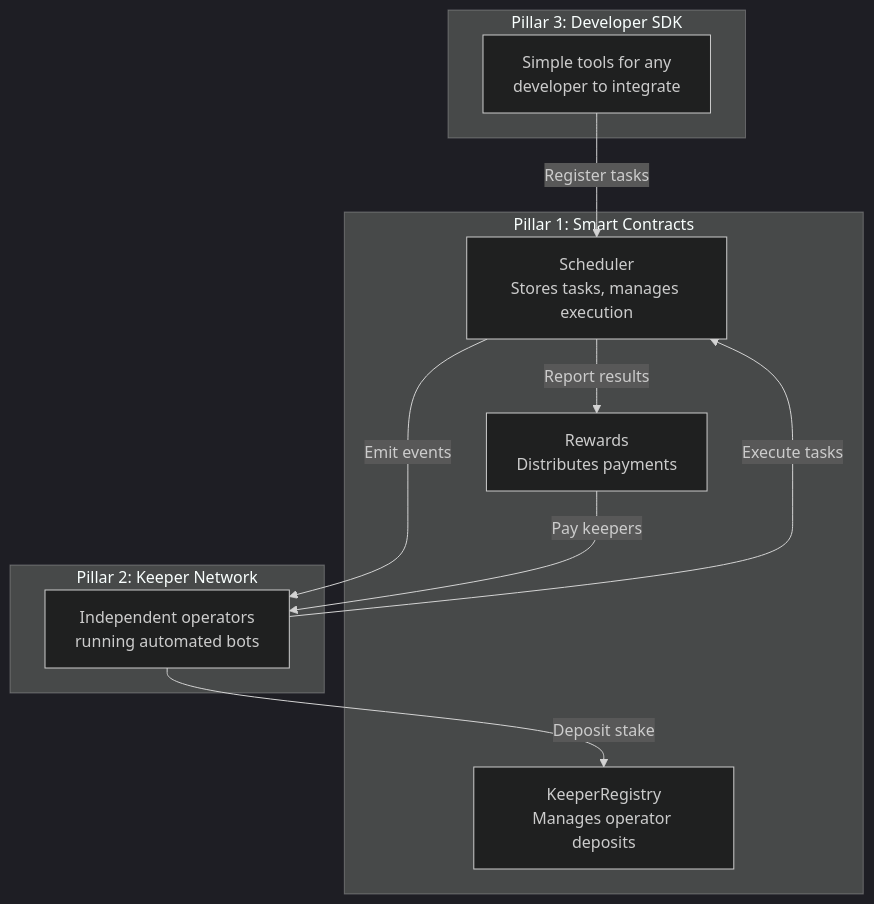
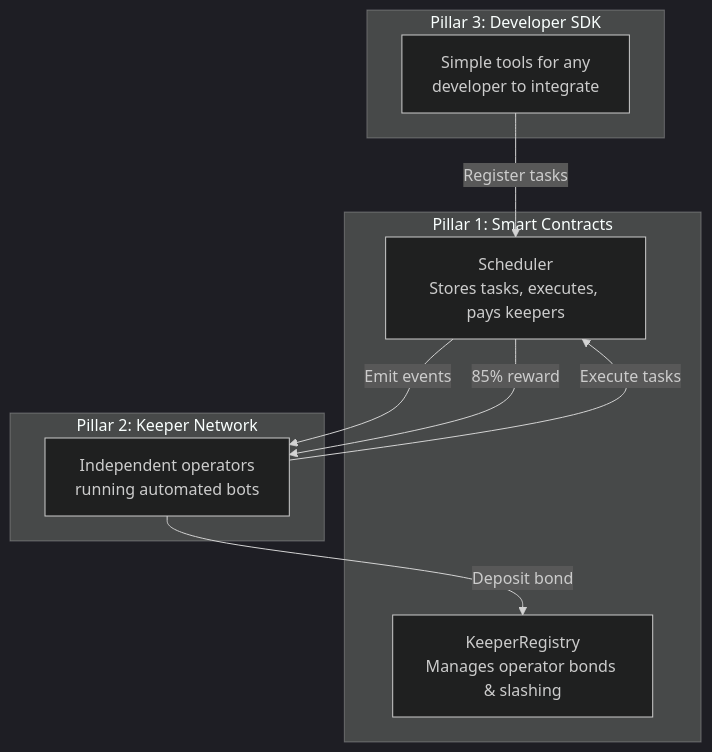
One commit to AlexandruChitu-SXT/xcron-protocol changed the first of 4 diagrams in xcron/whitepaper.md. Above: the diagram before and after it, drawn with Mermaid (dark theme). The commit also changed other lines of this file and 12 other files, not shown here.

````diff
--- a/xcron/whitepaper.md
+++ b/xcron/whitepaper.md
@@ -104,23 +104,21 @@
 ```mermaid
 graph TB
     subgraph "Pillar 1: Smart Contracts"
-        A["Scheduler<br/>Stores tasks, manages execution"]
-        B["KeeperRegistry<br/>Manages operator deposits"]
-        C["Rewards<br/>Distributes payments"]
+        A["Scheduler<br/>Stores tasks, executes, pays keepers"]
+        B["KeeperRegistry<br/>Manages operator bonds & slashing"]
     end
 
     subgraph "Pillar 2: Keeper Network"
         D["Independent operators<br/>running automated bots"]
     end
 
     subgraph "Pillar 3: Developer SDK"
         E["Simple tools for any<br/>developer to integrate"]
     end
 
     E -- "Register tasks" --> A
     A -- "Emit events" --> D
     D -- "Execute tasks" --> A
-    A -- "Report results" --> C
-    C -- "Pay keepers" --> D
-    D -- "Deposit stake" --> B
+    A -- "85% reward" --> D
+    D -- "Deposit bond" --> B
 ```
````
